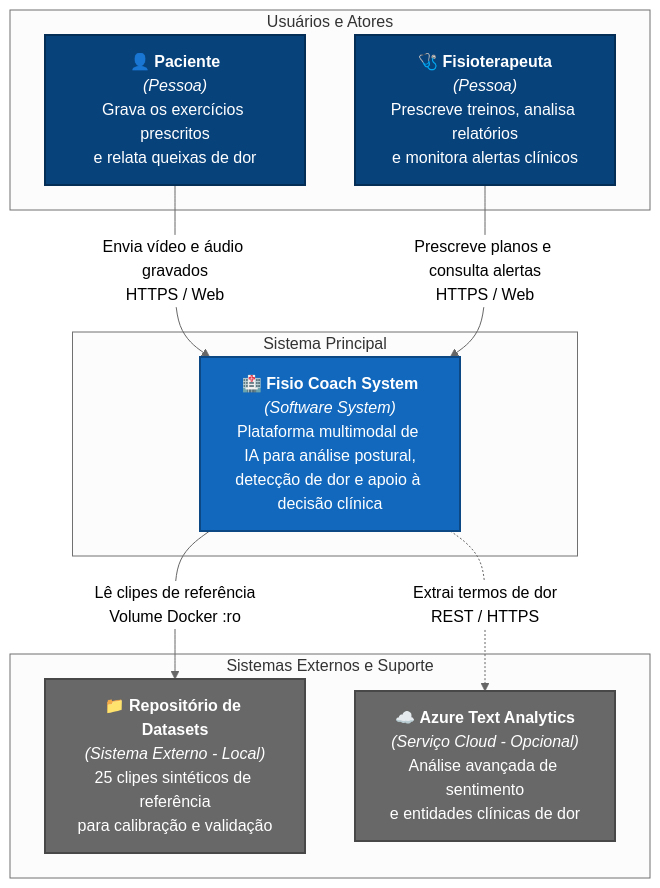
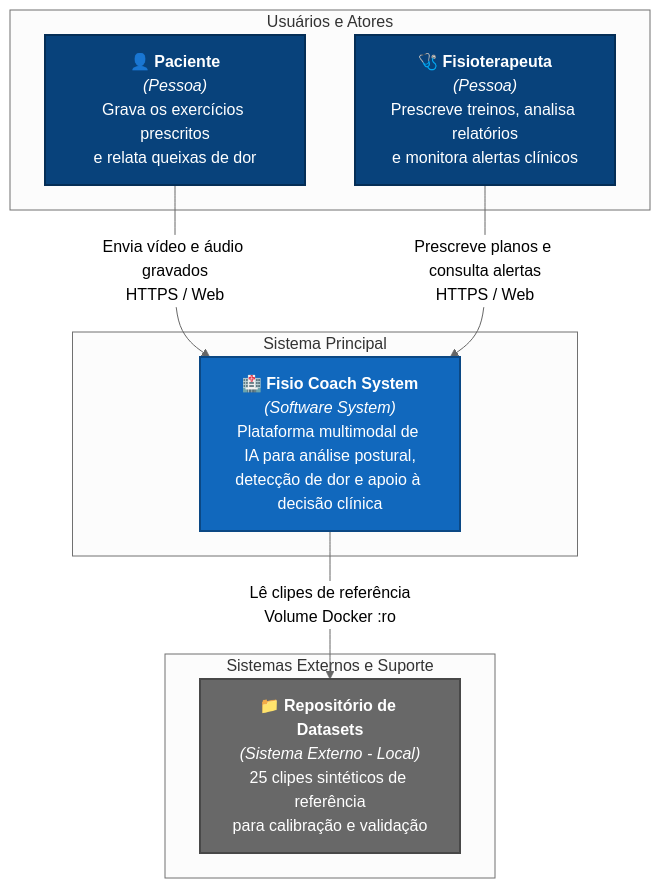
The first of 5 diagrams in docs/arquitetura/arquitetura-do-sistema.md (vagner-nascimento/fiap-pos-ia-para-devs-fase4-tech-challenge), drawn with Mermaid (neutral theme) before and after one commit. The commit also changed other lines of this file and 9 other files, not shown here.

````diff
--- a/docs/arquitetura/arquitetura-do-sistema.md
+++ b/docs/arquitetura/arquitetura-do-sistema.md
@@ -27,29 +28,27 @@
 ```mermaid
 flowchart TB
     subgraph Atores [" Usuários e Atores "]
         paciente["👤 <b>Paciente</b><br/><i>(Pessoa)</i><br/>Grava os exercícios prescritos<br/>e relata queixas de dor"]
         fisio["🩺 <b>Fisioterapeuta</b><br/><i>(Pessoa)</i><br/>Prescreve treinos, analisa relatórios<br/>e monitora alertas clínicos"]
     end
 
     subgraph Fronteira [" Sistema Principal "]
         fisio_coach["🏥 <b>Fisio Coach System</b><br/><i>(Software System)</i><br/>Plataforma multimodal de IA para análise postural,<br/>detecção de dor e apoio à decisão clínica"]
     end
 
     subgraph Externos [" Sistemas Externos e Suporte "]
         dataset_repo["📁 <b>Repositório de Datasets</b><br/><i>(Sistema Externo - Local)</i><br/>25 clipes sintéticos de referência<br/>para calibração e validação"]
-        azure_language["☁️ <b>Azure Text Analytics</b><br/><i>(Serviço Cloud - Opcional)</i><br/>Análise avançada de sentimento<br/>e entidades clínicas de dor"]
     end
 
     paciente -->|Envia vídeo e áudio gravados<br/>HTTPS / Web| fisio_coach
     fisio -->|Prescreve planos e consulta alertas<br/>HTTPS / Web| fisio_coach
     fisio_coach -->|Lê clipes de referência<br/>Volume Docker :ro| dataset_repo
-    fisio_coach -.->|Extrai termos de dor<br/>REST / HTTPS| azure_language
 
     classDef person fill:#08427b,stroke:#052e56,color:#ffffff,stroke-width:2px;
     classDef system fill:#1168bd,stroke:#0b4884,color:#ffffff,stroke-width:2px;
     classDef external fill:#686868,stroke:#484848,color:#ffffff,stroke-width:2px;
 
     class paciente,fisio person;
     class fisio_coach system;
     class dataset_repo,azure_language external;
 ```
````
